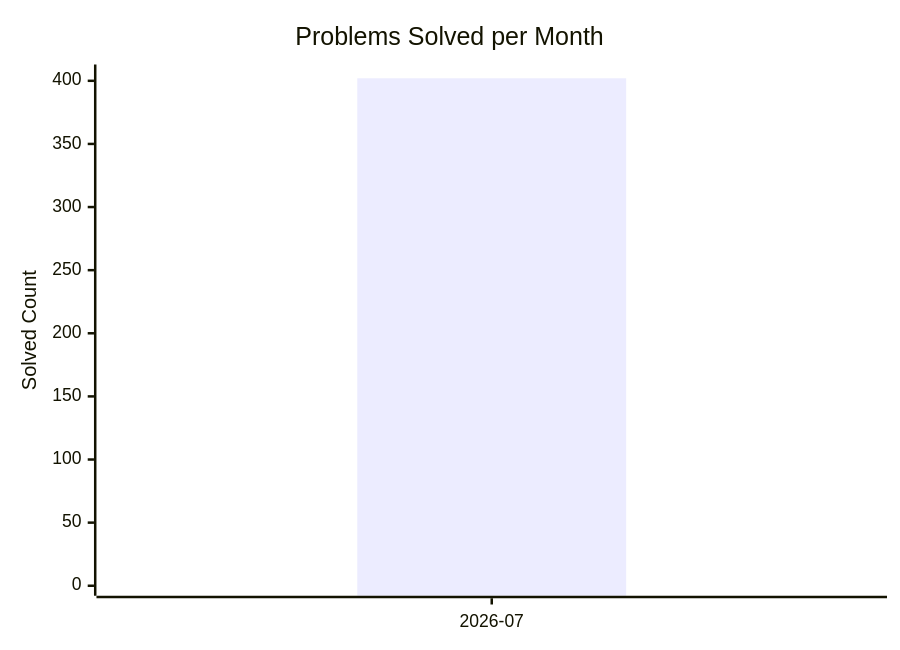
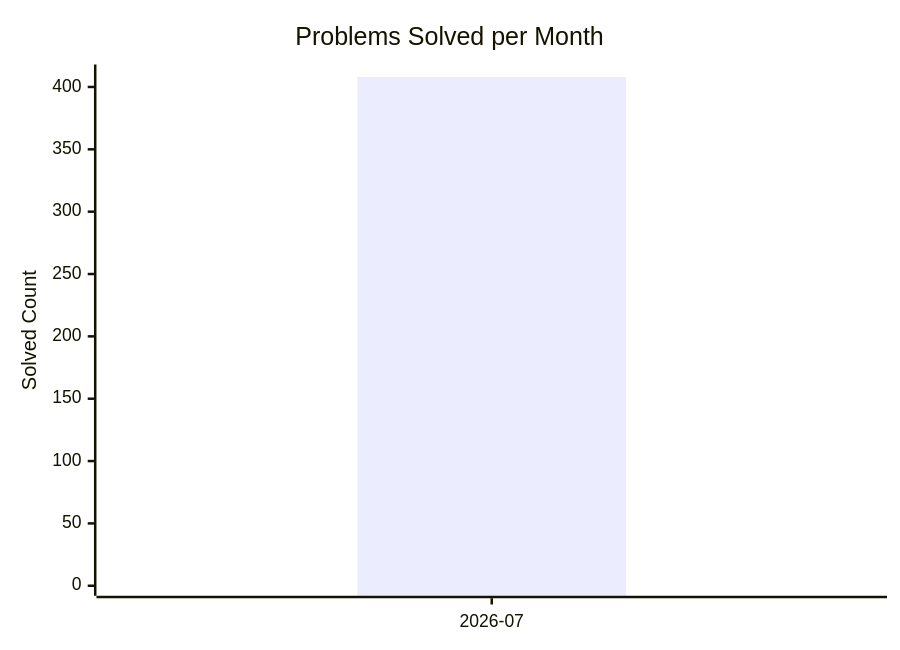
The diagram in dashboard.md (AdityaPandey-DEV/CP-Progress-Sync), drawn with Mermaid before and after one commit. The commit also changed other lines of this file, not shown here.

Commit message:
Auto-update CP dashboard [skip ci]

````diff
--- a/dashboard.md
+++ b/dashboard.md
@@ -8,8 +8,8 @@
 ```mermaid
 xychart-beta
     title "Problems Solved per Month"
     x-axis ["2026-07"]
-    y-axis "Solved Count" 0 --> 405
-    bar [402]
-    line [402]
+    y-axis "Solved Count" 0 --> 410
+    bar [408]
+    line [408]
 ```
````
